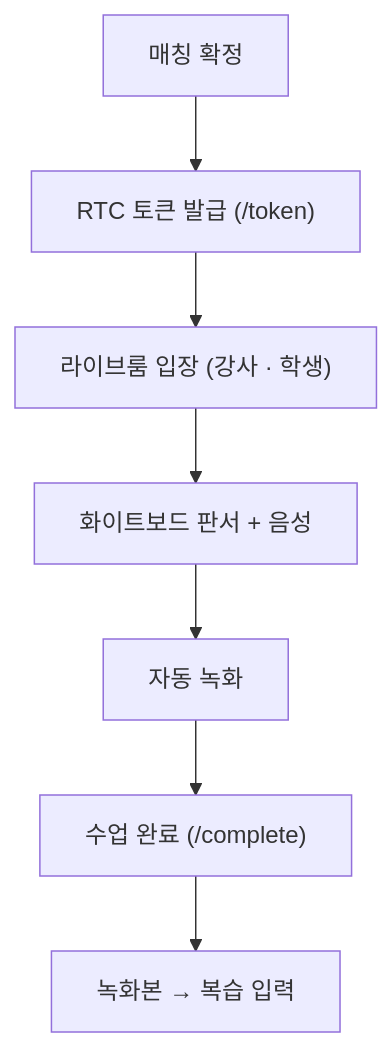
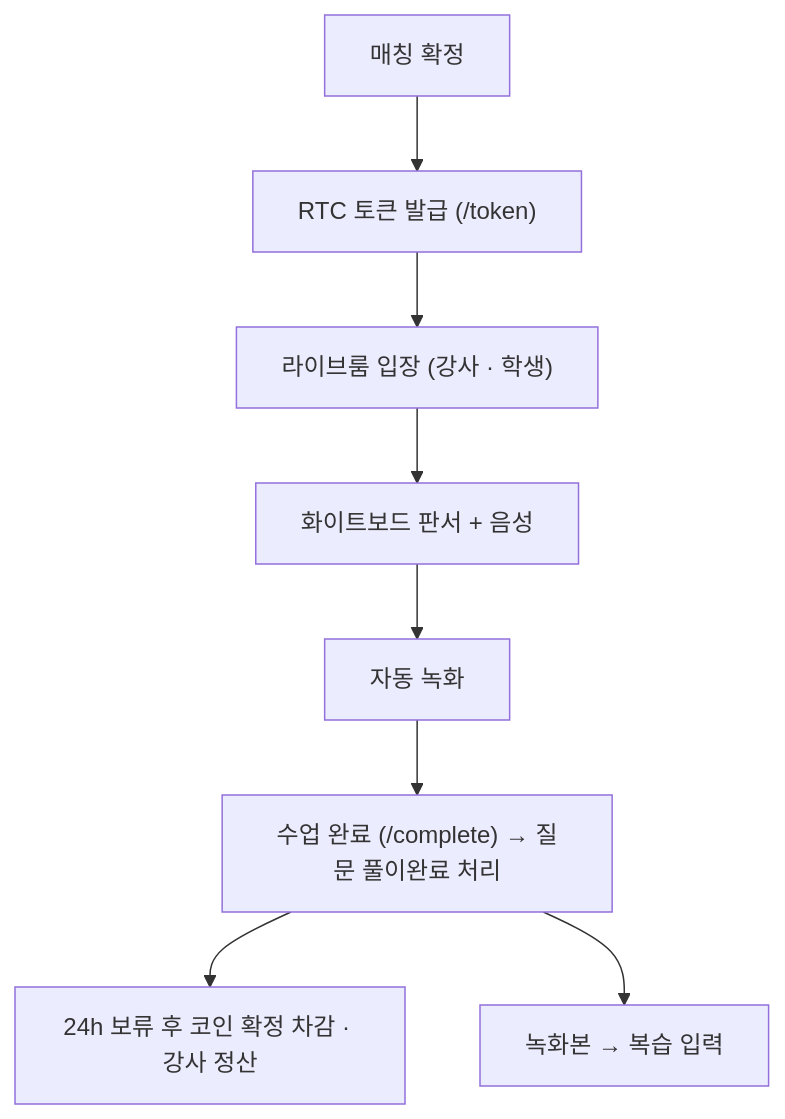
Before and after one commit to ieums/onsaem: the diagram in wiki/화상강의.md, drawn with Mermaid. The commit also changed other lines of this file and 10 other files, not shown here.

Commit message:
docs: 위키 코드 기준 갱신·인프라 문서 추가, README 정리·팀 정보 갱신, 아키텍처·ERD 이미지 추가

````diff
--- a/wiki/화상강의.md
+++ b/wiki/화상강의.md
@@ -17,9 +18,10 @@
 ```mermaid
 flowchart TB
     A["매칭 확정"] --> B["RTC 토큰 발급 (/token)"]
     B --> C["라이브룸 입장 (강사 · 학생)"]
     C --> D["화이트보드 판서 + 음성"]
     D --> E["자동 녹화"]
-    E --> F["수업 완료 (/complete)"]
-    F --> G["녹화본 → 복습 입력"]
+    E --> F["수업 완료 (/complete) → 질문 풀이완료 처리"]
+    F --> G["24h 보류 후 코인 확정 차감 · 강사 정산"]
+    F --> H["녹화본 → 복습 입력"]
 ```
````
